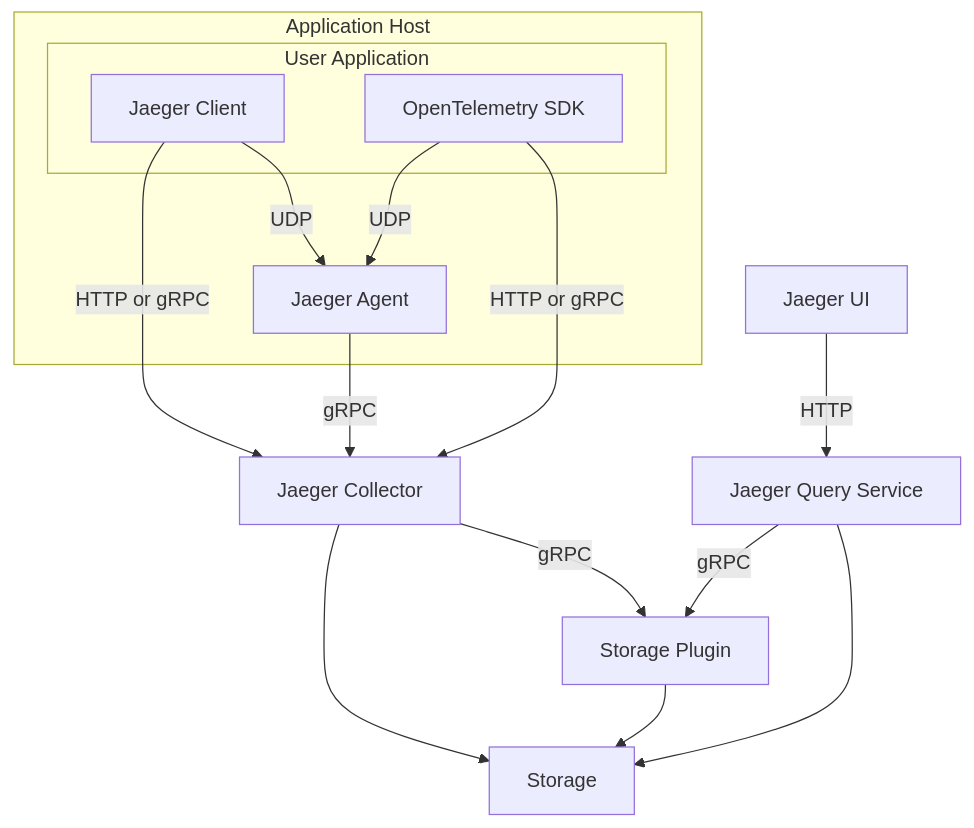
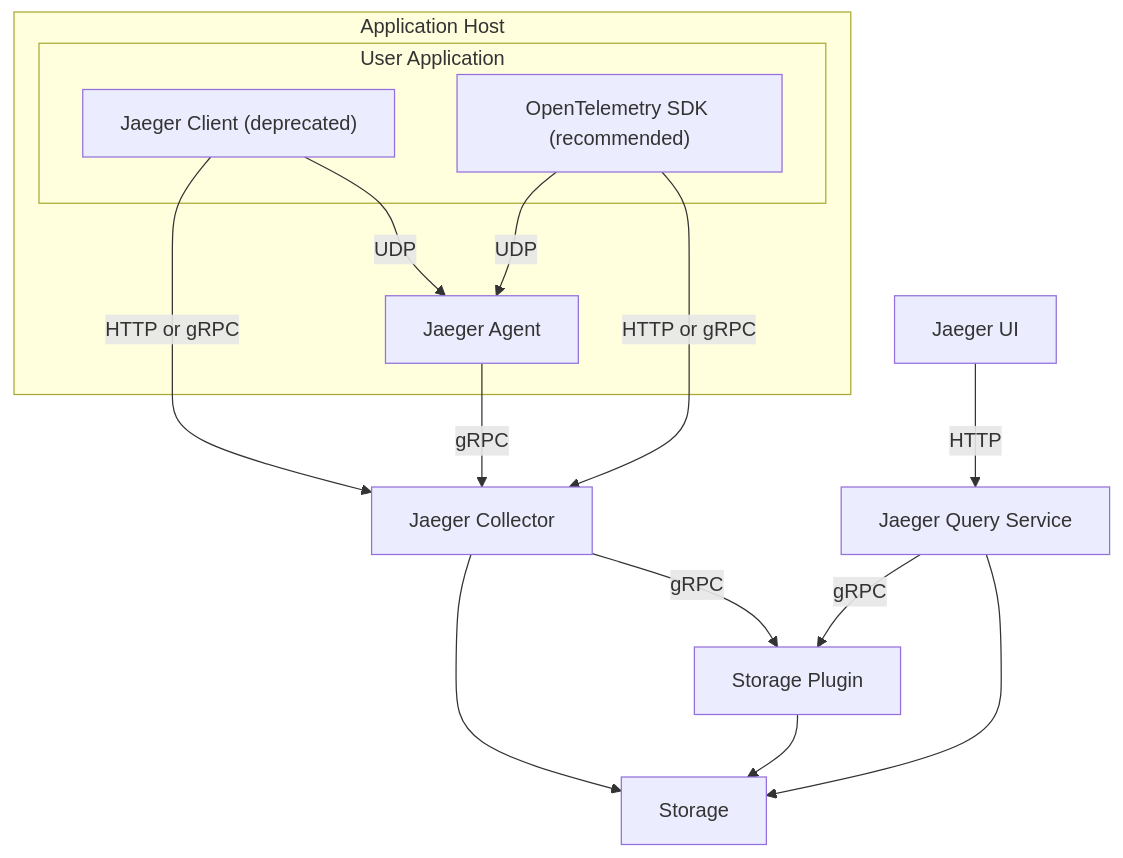
One commit to jaegertracing/jaeger changed the diagram in README.md. Above: the diagram before and after it, drawn with Mermaid.

Commit message:
Annotate Jaeger client vs. OTEL SDK in the diagram

````diff
--- a/README.md
+++ b/README.md
@@ -15,23 +15,23 @@
 ```mermaid
 graph TD
     LIB --> |HTTP or gRPC| COLLECTOR
-    LIB[Jaeger Client] --> |UDP| AGENT[Jaeger Agent]
+    LIB["Jaeger Client (deprecated)"] --> |UDP| AGENT[Jaeger Agent]
     %% AGENT --> |HTTP/sampling| LIB
     AGENT --> |gRPC| COLLECTOR[Jaeger Collector]
     %% COLLECTOR --> |gRPC/sampling| AGENT
-    SDK[OpenTelemetry SDK] --> |UDP| AGENT
+    SDK["OpenTelemetry SDK (recommended)"] --> |UDP| AGENT
     SDK --> |HTTP or gRPC| COLLECTOR
     COLLECTOR --> STORE[Storage]
     COLLECTOR --> |gRPC| PLUGIN[Storage Plugin]
     PLUGIN --> STORE
     QUERY[Jaeger Query Service] --> STORE
     QUERY --> |gRPC| PLUGIN
     UI[Jaeger UI] --> |HTTP| QUERY
     subgraph Application Host
         subgraph User Application
             LIB
             SDK
         end
         AGENT
     end
 ```
````
